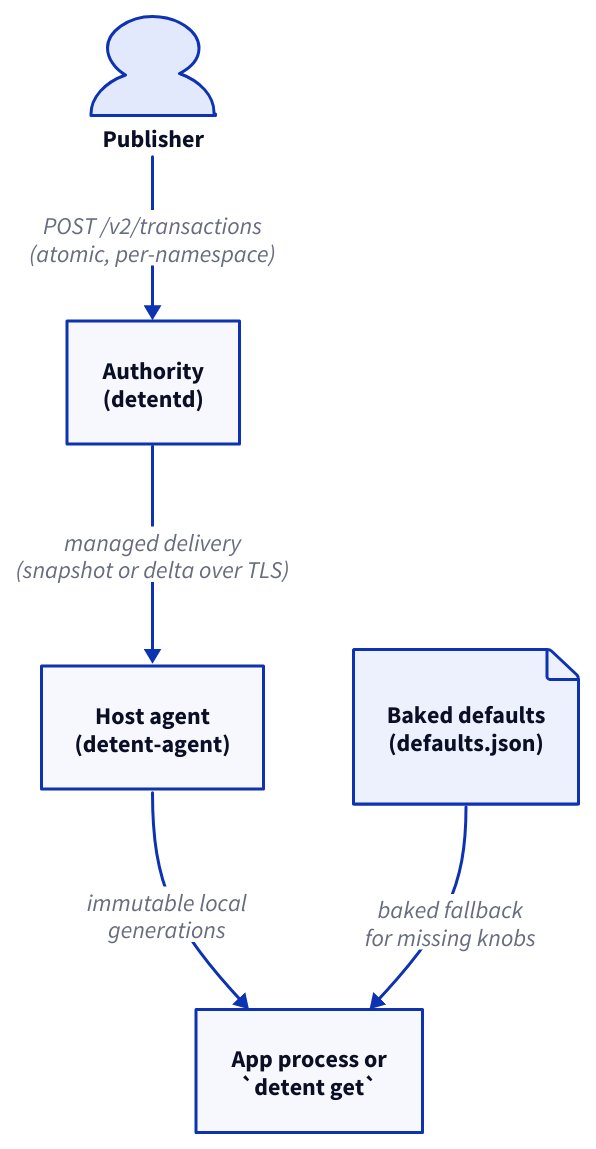
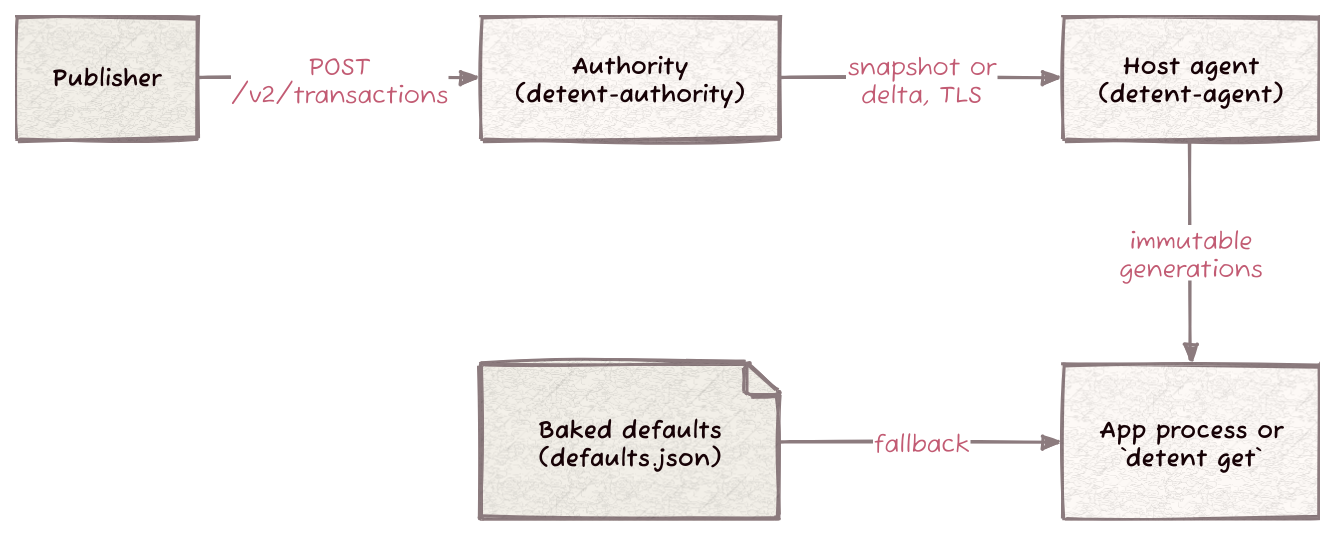
Before and after one commit to Kronuz/Detent: the diagram in diagrams/01_overview.d2, drawn with D2. The commit also changed 87 other files, not shown here.

First line of the commit message:
Rename detentd to detent-authority (D123)

```diff
--- a/diagrams/01_overview.d2
+++ b/diagrams/01_overview.d2
@@ -1,29 +1,38 @@
 # The top-level flow, deliberately minimal: four actors, no internals.
 # See 04_read_path.d2, 05_update_path.d2 and 07_agent.d2 for what's inside
 # each box.
-direction: down
+vars: { d2-config: { layout-engine: elk; theme-id: 302; sketch: true; pad: 24; theme-overrides: { B1: "#8C7B7E"; B2: "#C25B73"; N2: "#C25B73" } } }
+style.fill: transparent
+grid-rows: 2
+grid-columns: 3
+horizontal-gap: 190
+vertical-gap: 150
 
 publisher: Publisher {
-  shape: person
+  shape: rectangle
+  style.fill: "#F4F1EA"
 }
 
-authority: Authority\n(detentd) {
+authority: Authority\n(detent-authority) {
   shape: rectangle
 }
 
 agent: Host agent\n(detent-agent) {
   shape: rectangle
 }
 
+spacer: "" {style.opacity: 0}
+
+defaults: Baked defaults\n(defaults.json) {
+  shape: page
+  style.fill: "#F4F1EA"
+}
+
 reader: App process or\n`detent get` {
   shape: rectangle
 }
 
-defaults: Baked defaults\n(defaults.json) {
-  shape: page
-}
-
-publisher -> authority: "POST /v2/transactions\n(atomic, per-namespace)"
-authority -> agent: "managed delivery\n(snapshot or delta over TLS)"
-agent -> reader: "immutable local\ngenerations"
-defaults -> reader: "baked fallback\nfor missing knobs"
+publisher -> authority: "POST\n/v2/transactions"
+authority -> agent: "snapshot or\ndelta, TLS"
+agent -> reader: "immutable\ngenerations"
+defaults -> reader: "fallback"
```
